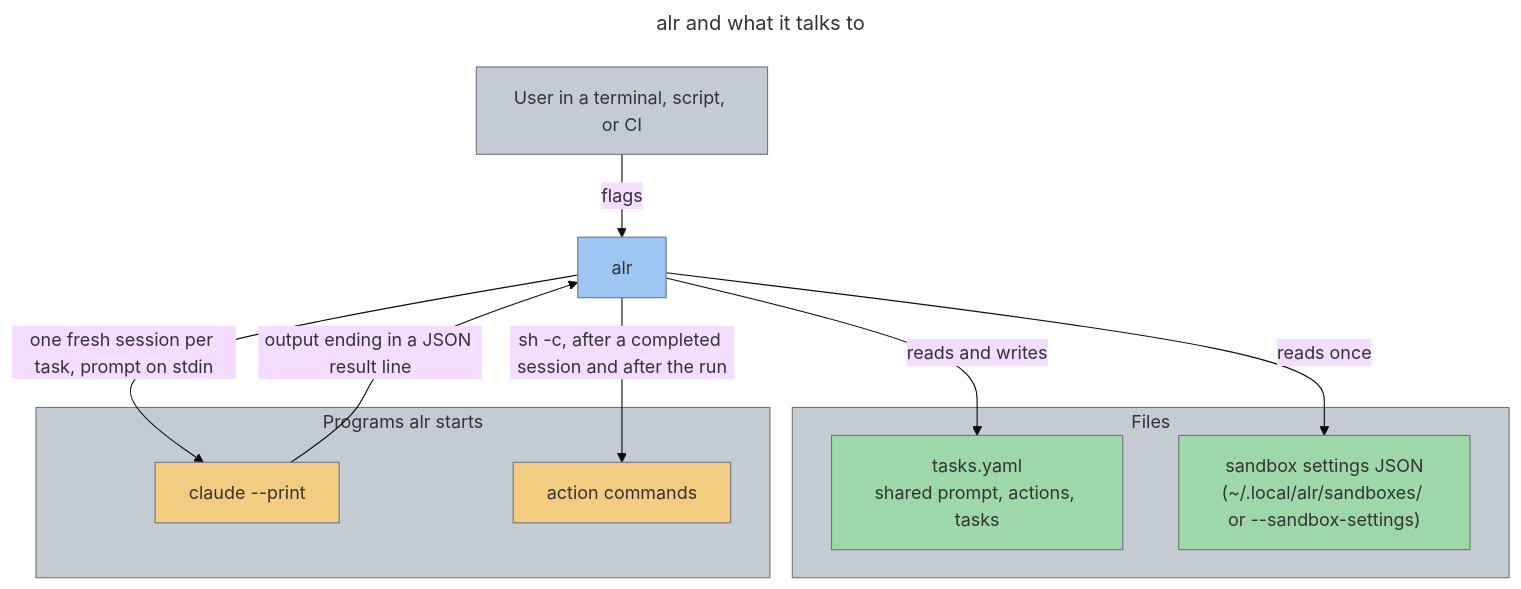
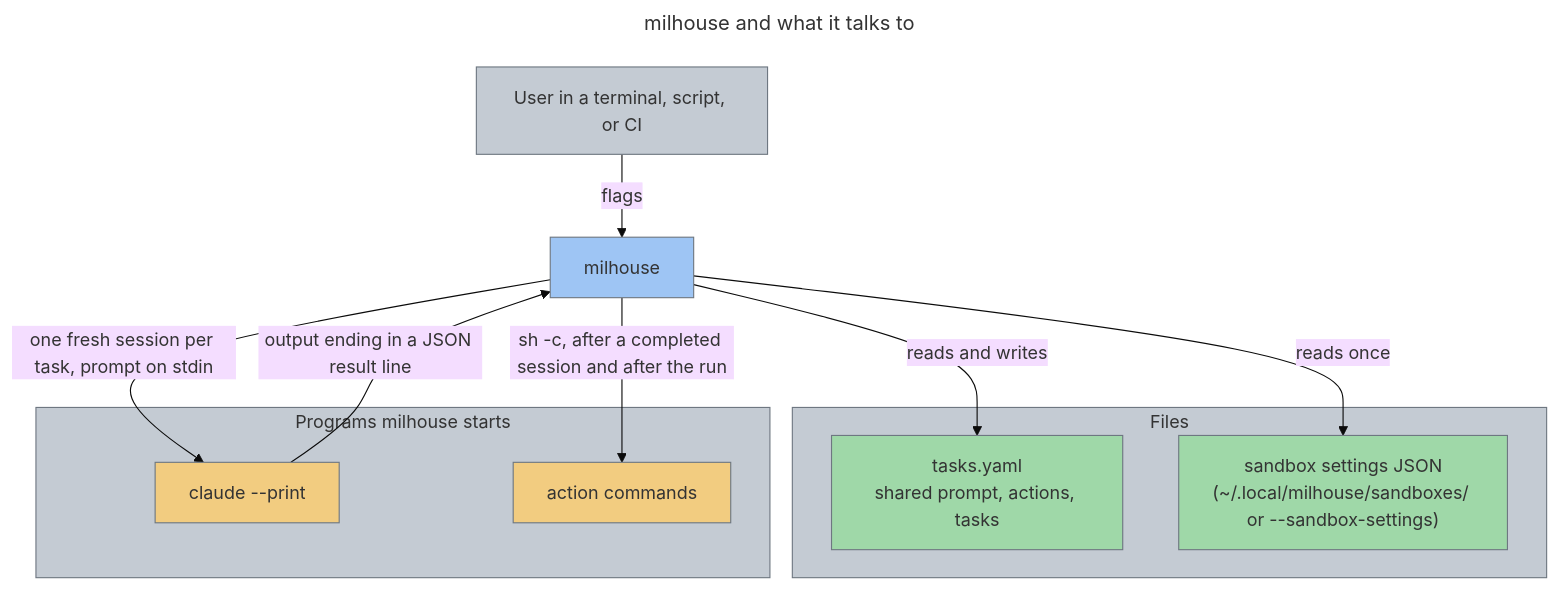
Before and after one commit to twistingmercury/agentic_loop_runner: the diagram in docs/design/00_overview.md, drawn with Mermaid (base theme). The commit also changed other lines of this file and 152 other files, not shown here.

First line of the commit message:
Rename alr to milhouse (ADR-041) (#94)

````diff
--- a/docs/design/00_overview.md
+++ b/docs/design/00_overview.md
@@ -30,32 +30,32 @@
 ```mermaid
 ---
-title: alr and what it talks to
+title: milhouse and what it talks to
 ---
 flowchart TD
     user["User in a terminal, script, or CI"]:::gray
-    alr["alr"]:::blue
+    milhouse["milhouse"]:::blue
 
     subgraph files["Files"]
         tasks["tasks.yaml<br/>shared prompt, actions, tasks"]:::green
-        sandbox["sandbox settings JSON<br/>(~/.local/alr/sandboxes/ or --sandbox-settings)"]:::green
+        sandbox["sandbox settings JSON<br/>(~/.local/milhouse/sandboxes/ or --sandbox-settings)"]:::green
     end
 
-    subgraph programs["Programs alr starts"]
+    subgraph programs["Programs milhouse starts"]
         claude["claude --print"]:::amber
         actions["action commands"]:::amber
     end
 
-    user -->|flags| alr
-    alr -->|reads and writes| tasks
-    alr -->|reads once| sandbox
-    alr -->|"one fresh session per task, prompt on stdin"| claude
-    claude -->|"output ending in a JSON result line"| alr
-    alr -->|"sh -c, after a completed session and after the run"| actions
+    user -->|flags| milhouse
+    milhouse -->|reads and writes| tasks
+    milhouse -->|reads once| sandbox
+    milhouse -->|"one fresh session per task, prompt on stdin"| claude
+    claude -->|"output ending in a JSON result line"| milhouse
+    milhouse -->|"sh -c, after a completed session and after the run"| actions
 
     classDef blue fill:#9ec5f4,stroke:#6e7781,color:#333333
     classDef green fill:#9fd8a8,stroke:#6e7781,color:#333333
     classDef amber fill:#f2cc80,stroke:#6e7781,color:#333333
     classDef gray fill:#c4cbd3,stroke:#6e7781,color:#333333
     style files fill:#c4cbd3,stroke:#6e7781,color:#333333
     style programs fill:#c4cbd3,stroke:#6e7781,color:#333333
 ```
````
